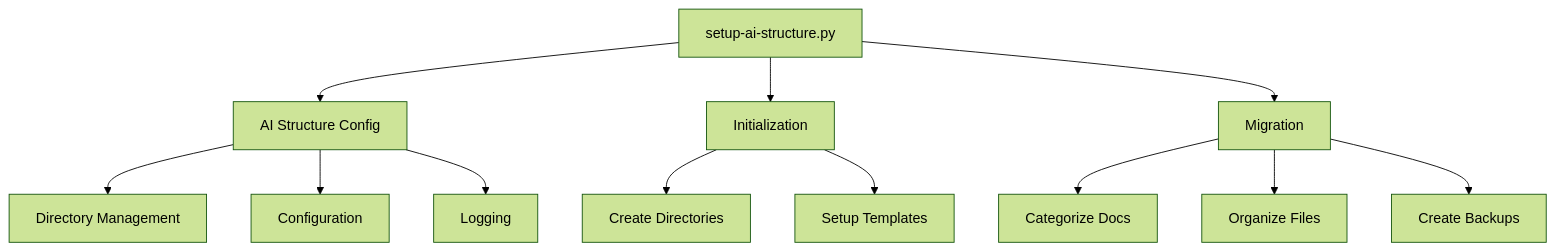
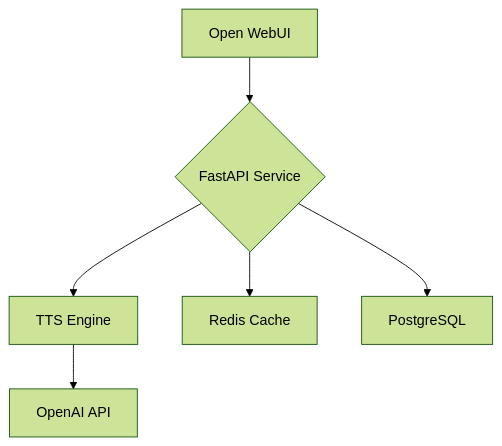
The diagram in README.md (omarorn/Halloisland), drawn with Mermaid (forest theme) before and after one commit. The commit also changed other lines of this file and 10 other files, not shown here.

Commit message:
Refactor application to use FastAPI; update Docker setup, add Redis support, and implement TTS API endpoints

````diff
--- a/README.md
+++ b/README.md
@@ -210,17 +74,8 @@
 ```mermaid
 graph TD
-    A[setup-ai-structure.py] --> B[AI Structure Config]
-    A --> C[Initialization]
-    A --> D[Migration]
-    
-    B --> E[Directory Management]
-    B --> F[Configuration]
-    B --> G[Logging]
-    
-    C --> H[Create Directories]
-    C --> I[Setup Templates]
-    
-    D --> J[Categorize Docs]
-    D --> K[Organize Files]
-    D --> L[Create Backups]
+    A[Open WebUI] --> B{FastAPI Service}
+    B --> C[TTS Engine]
+    B --> D[Redis Cache]
+    B --> E[PostgreSQL]
+    C --> F[OpenAI API]
 ```
````
